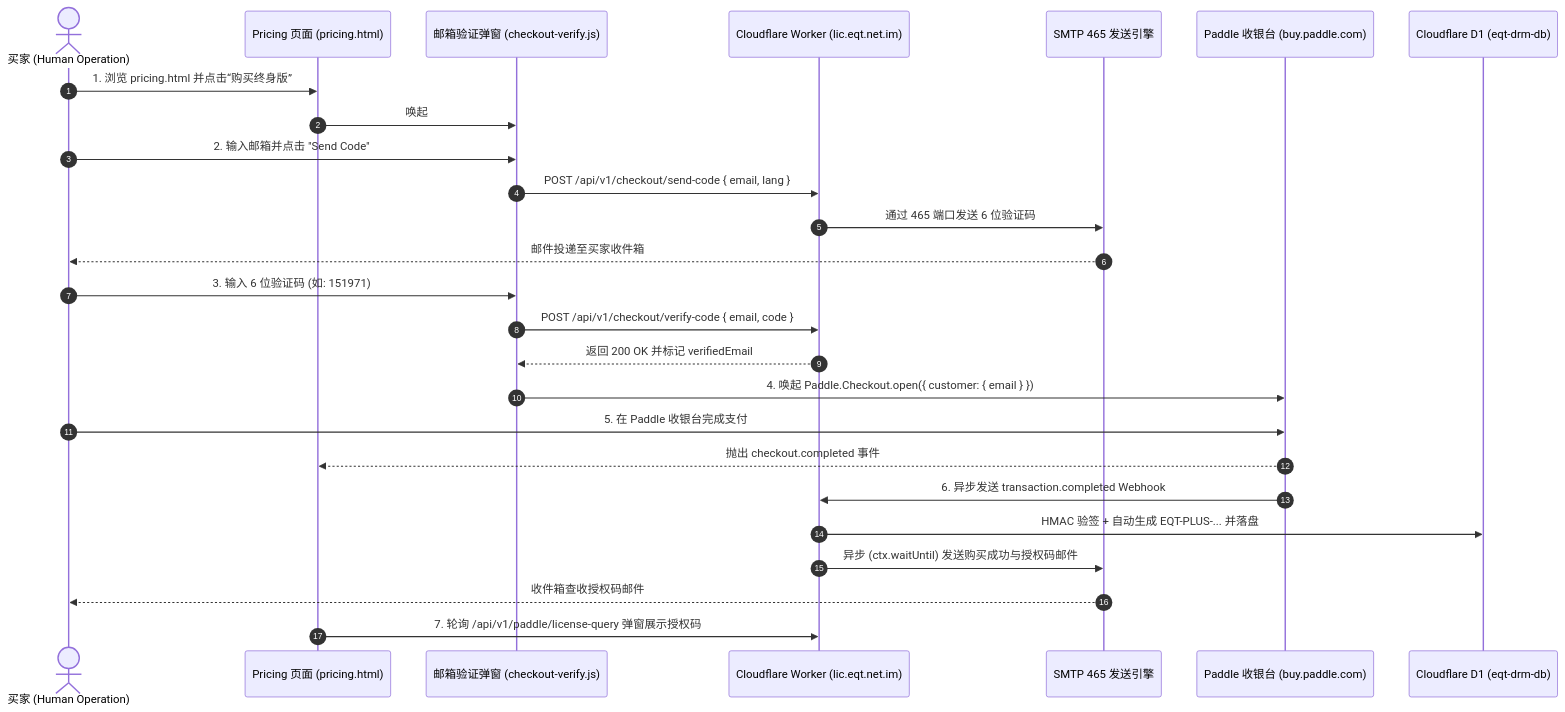
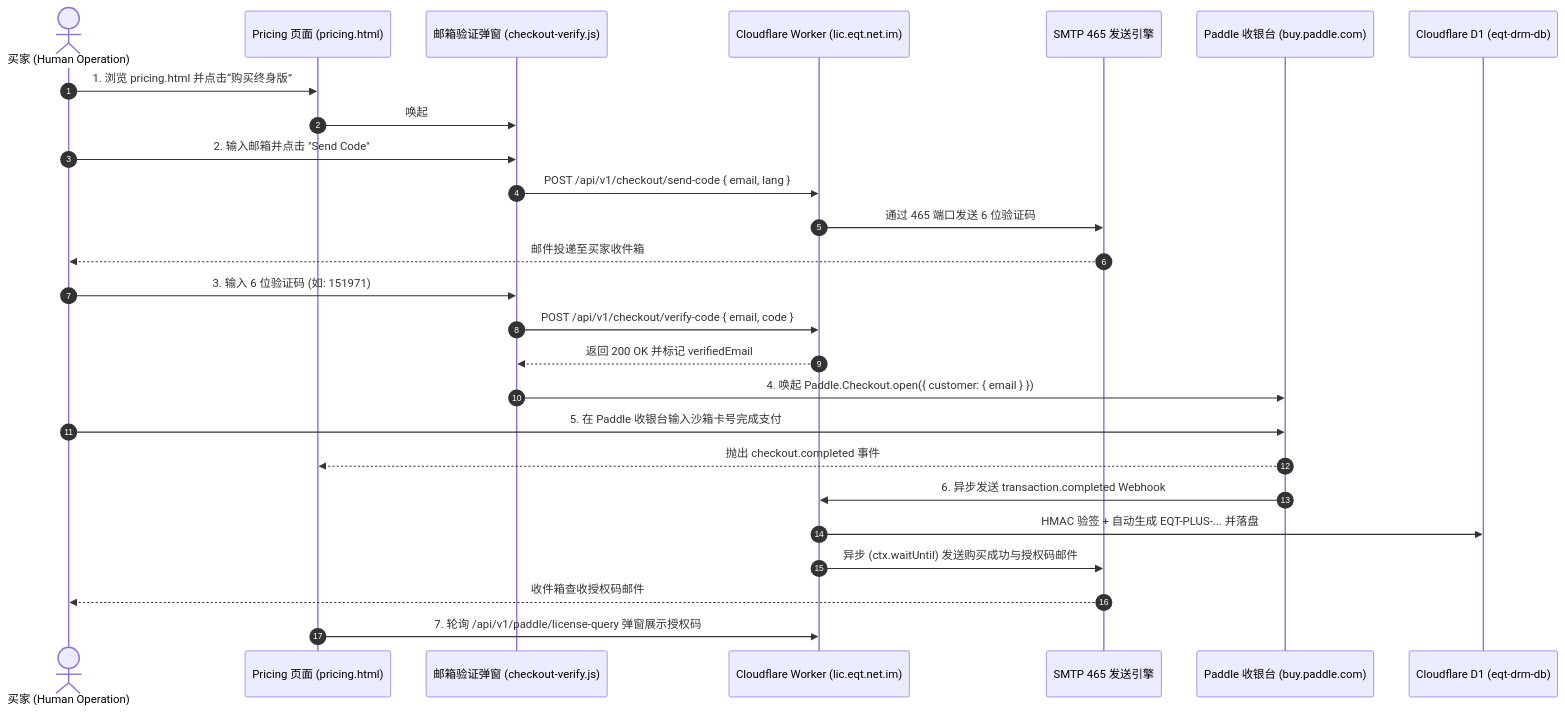
Before and after one commit to forpersuit/eqrcp: the diagram in docs/IMPORTANT_PURCHASE_FLOW.md, drawn with Mermaid. The commit also changed other lines of this file, not shown here.

Commit message:
Update purchase flow doc with full E2E transaction test results

````diff
--- a/docs/IMPORTANT_PURCHASE_FLOW.md
+++ b/docs/IMPORTANT_PURCHASE_FLOW.md
@@ -24,29 +24,29 @@
 ```mermaid
 sequenceDiagram
     autonumber
     actor User as 买家 (Human Operation)
     participant Page as Pricing 页面 (pricing.html)
     participant Modal as 邮箱验证弹窗 (checkout-verify.js)
     participant Worker as Cloudflare Worker (lic.eqt.net.im)
     participant Mail as SMTP 465 发送引擎
     participant Paddle as Paddle 收银台 (buy.paddle.com)
     participant D1 as Cloudflare D1 (eqt-drm-db)
 
     User->>Page: 1. 浏览 pricing.html 并点击“购买终身版”
     Page->>Modal: 唤起 #verify-email-modal 验证弹窗
     User->>Modal: 2. 输入邮箱并点击 "Send Code"
     Modal->>Worker: POST /api/v1/checkout/send-code { email, lang }
     Worker->>Mail: 通过 465 端口发送 6 位验证码
     Mail-->>User: 邮件投递至买家收件箱
     User->>Modal: 3. 输入 6 位验证码 (如: 151971)
     Modal->>Worker: POST /api/v1/checkout/verify-code { email, code }
     Worker-->>Modal: 返回 200 OK 并标记 verifiedEmail
     Modal->>Paddle: 4. 唤起 Paddle.Checkout.open({ customer: { email } })
-    User->>Paddle: 5. 在 Paddle 收银台完成支付
+    User->>Paddle: 5. 在 Paddle 收银台输入沙箱卡号完成支付
     Paddle-->>Page: 抛出 checkout.completed 事件
     Paddle->>Worker: 6. 异步发送 transaction.completed Webhook
     Worker->>D1: HMAC 验签 + 自动生成 EQT-PLUS-... 并落盘
     Worker->>Mail: 异步 (ctx.waitUntil) 发送购买成功与授权码邮件
     Mail-->>User: 收件箱查收授权码邮件
     Page->>Worker: 7. 轮询 /api/v1/paddle/license-query 弹窗展示授权码
 ```
````
